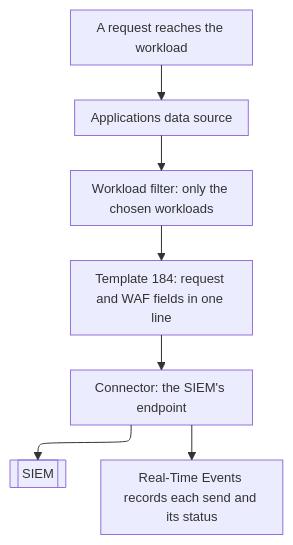
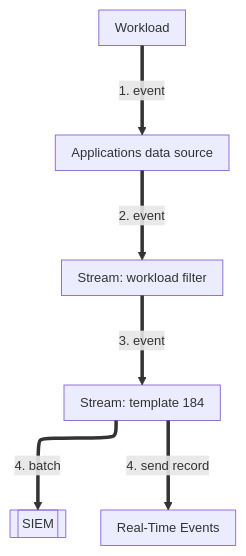
One commit to aziontech/docs changed the diagram in apps/docs/src/content/docs/en/pages/guides/observability/stream-request-and-waf-records-to-siem.mdx. Above: the diagram before and after it, drawn with Mermaid. The commit also changed other lines of this file and 92 other files, not shown here.

Commit message:
fix(data-stream): test the Data Stream section against the product and correct the pages (#2714)

````diff
--- a/apps/docs/src/content/docs/en/pages/guides/observability/stream-request-and-waf-records-to-siem.mdx
+++ b/apps/docs/src/content/docs/en/pages/guides/observability/stream-request-and-waf-records-to-siem.mdx
@@ -21,10 +23,15 @@
 ```mermaid
 %%{init: {"layout": "elk", "themeVariables": {"fontSize": "13px"}, "flowchart": {"nodeSpacing": 24, "rankSpacing": 36, "padding": 8, "wrappingWidth": 150, "useMaxWidth": true}, "sequence": {"width": 120, "actorMargin": 30, "useMaxWidth": true}}}%%
 flowchart TD
-  Req["A request reaches the workload"] --> Source["Applications data source"]
-  Source --> Filter["Workload filter: only the chosen workloads"]
-  Filter --> Template["Template 184: request and WAF fields in one line"]
-  Template --> Out["Connector: the SIEM's endpoint"]
-  Out --> Siem[["SIEM"]]
-  Out --> Rte["Real-Time Events records each send and its status"]
+  WL["Workload"]
+  Src["Applications data source"]
+  Flt["Stream: workload filter"]
+  Tpl["Stream: template 184"]
+  Siem[["SIEM"]]
+  RTE["Real-Time Events"]
+  WL ==>|"1. event"| Src
+  Src ==>|"2. event"| Flt
+  Flt ==>|"3. event"| Tpl
+  Tpl ==>|"4. batch"| Siem
+  Tpl ==>|"4. send record"| RTE
 ```
````
